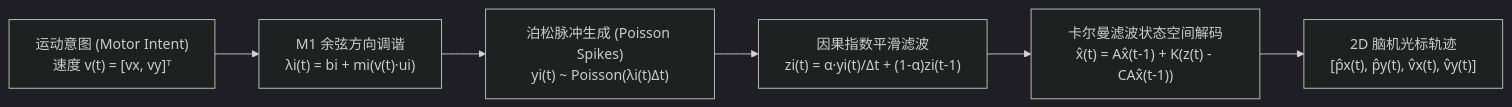
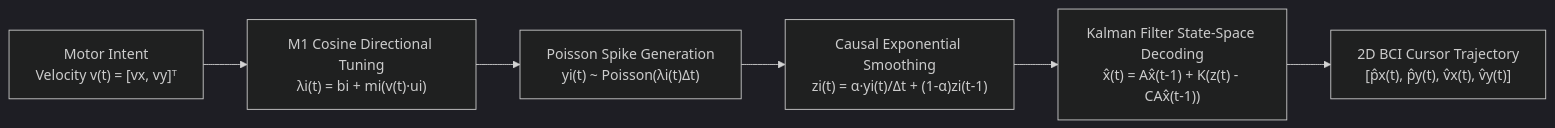
Before and after one commit to Nigmat-future/mini-telepathy: the diagram in README.md, drawn with Mermaid (dark theme). The commit also changed other lines of this file, not shown here.

````diff
--- a/README.md
+++ b/README.md
@@ -30,8 +30,8 @@
 ```mermaid
 flowchart LR
-    A["运动意图 (Motor Intent)\n速度 v(t) = [vx, vy]ᵀ"] --> B["M1 余弦方向调谐\nλi(t) = bi + mi(v(t)·ui)"]
-    B --> C["泊松脉冲生成 (Poisson Spikes)\nyi(t) ~ Poisson(λi(t)Δt)"]
-    C --> D["因果指数平滑滤波\nzi(t) = α·yi(t)/Δt + (1-α)zi(t-1)"]
-    D --> E["卡尔曼滤波状态空间解码\nx̂(t) = Ax̂(t-1) + K(z(t) - CAx̂(t-1))"]
-    E --> F["2D 脑机光标轨迹\n[p̂x(t), p̂y(t), v̂x(t), v̂y(t)]"]
+    A["Motor Intent\nVelocity v(t) = [vx, vy]ᵀ"] --> B["M1 Cosine Directional Tuning\nλi(t) = bi + mi(v(t)·ui)"]
+    B --> C["Poisson Spike Generation\nyi(t) ~ Poisson(λi(t)Δt)"]
+    C --> D["Causal Exponential Smoothing\nzi(t) = α·yi(t)/Δt + (1-α)zi(t-1)"]
+    D --> E["Kalman Filter State-Space Decoding\nx̂(t) = Ax̂(t-1) + K(z(t) - CAx̂(t-1))"]
+    E --> F["2D BCI Cursor Trajectory\n[p̂x(t), p̂y(t), v̂x(t), v̂y(t)]"]
 ```
````
